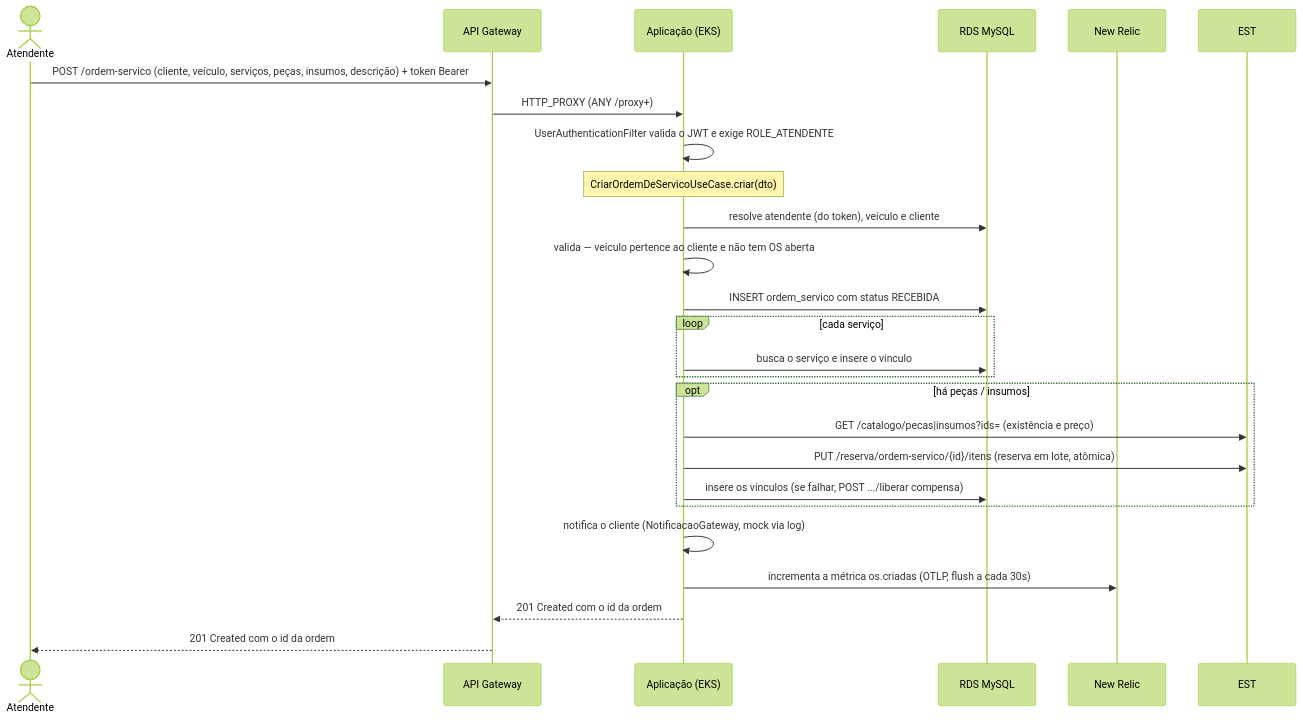
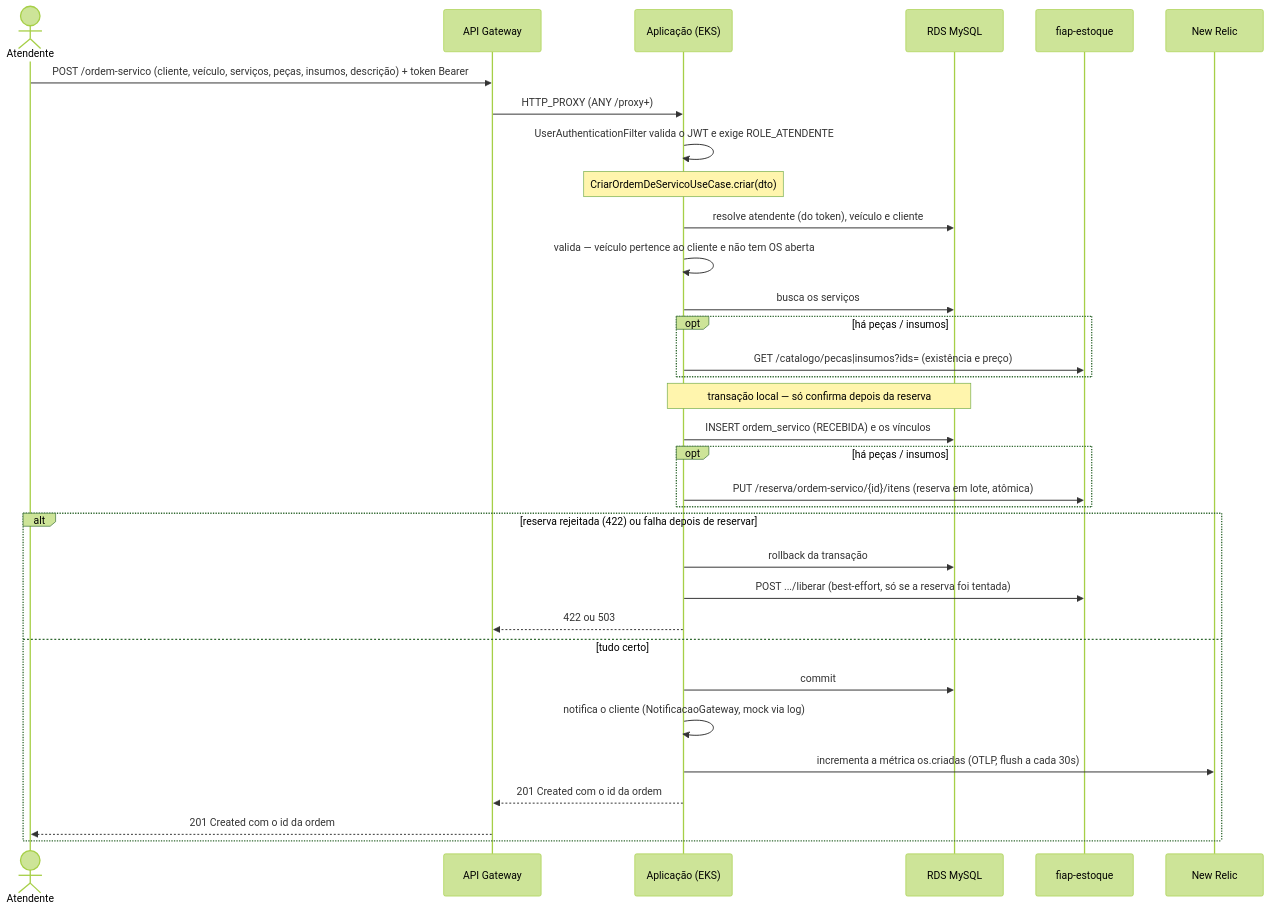
Before and after one commit to ArthurPeruzzo/fiap-mecanica: the third of 3 diagrams in docs/arquitetura.md, drawn with Mermaid (forest theme). The commit also changed other lines of this file and 9 other files, not shown here.

````diff
--- a/docs/arquitetura.md
+++ b/docs/arquitetura.md
@@ -130,28 +158,36 @@
 ```mermaid
 sequenceDiagram
     actor A as Atendente
     participant GW as API Gateway
     participant APP as Aplicação (EKS)
     participant DB as RDS MySQL
+    participant EST as fiap-estoque
     participant NR as New Relic
 
     A->>GW: POST /ordem-servico (cliente, veículo, serviços, peças, insumos, descrição) + token Bearer
     GW->>APP: HTTP_PROXY (ANY /proxy+)
     APP->>APP: UserAuthenticationFilter valida o JWT e exige ROLE_ATENDENTE
     Note over APP: CriarOrdemDeServicoUseCase.criar(dto)
     APP->>DB: resolve atendente (do token), veículo e cliente
     APP->>APP: valida — veículo pertence ao cliente e não tem OS aberta
-    APP->>DB: INSERT ordem_servico com status RECEBIDA
-    loop cada serviço
-        APP->>DB: busca o serviço e insere o vínculo
-    end
+    APP->>DB: busca os serviços
     opt há peças / insumos
         APP->>EST: GET /catalogo/pecas|insumos?ids= (existência e preço)
+    end
+    Note over APP,DB: transação local — só confirma depois da reserva
+    APP->>DB: INSERT ordem_servico (RECEBIDA) e os vínculos
+    opt há peças / insumos
         APP->>EST: PUT /reserva/ordem-servico/{id}/itens (reserva em lote, atômica)
-        APP->>DB: insere os vínculos (se falhar, POST .../liberar compensa)
     end
-    APP->>APP: notifica o cliente (NotificacaoGateway, mock via log)
-    APP->>NR: incrementa a métrica os.criadas (OTLP, flush a cada 30s)
-    APP-->>GW: 201 Created com o id da ordem
-    GW-->>A: 201 Created com o id da ordem
+    alt reserva rejeitada (422) ou falha depois de reservar
+        APP->>DB: rollback da transação
+        APP->>EST: POST .../liberar (best-effort, só se a reserva foi tentada)
+        APP-->>GW: 422 ou 503
+    else tudo certo
+        APP->>DB: commit
+        APP->>APP: notifica o cliente (NotificacaoGateway, mock via log)
+        APP->>NR: incrementa a métrica os.criadas (OTLP, flush a cada 30s)
+        APP-->>GW: 201 Created com o id da ordem
+        GW-->>A: 201 Created com o id da ordem
+    end
 ```
````
